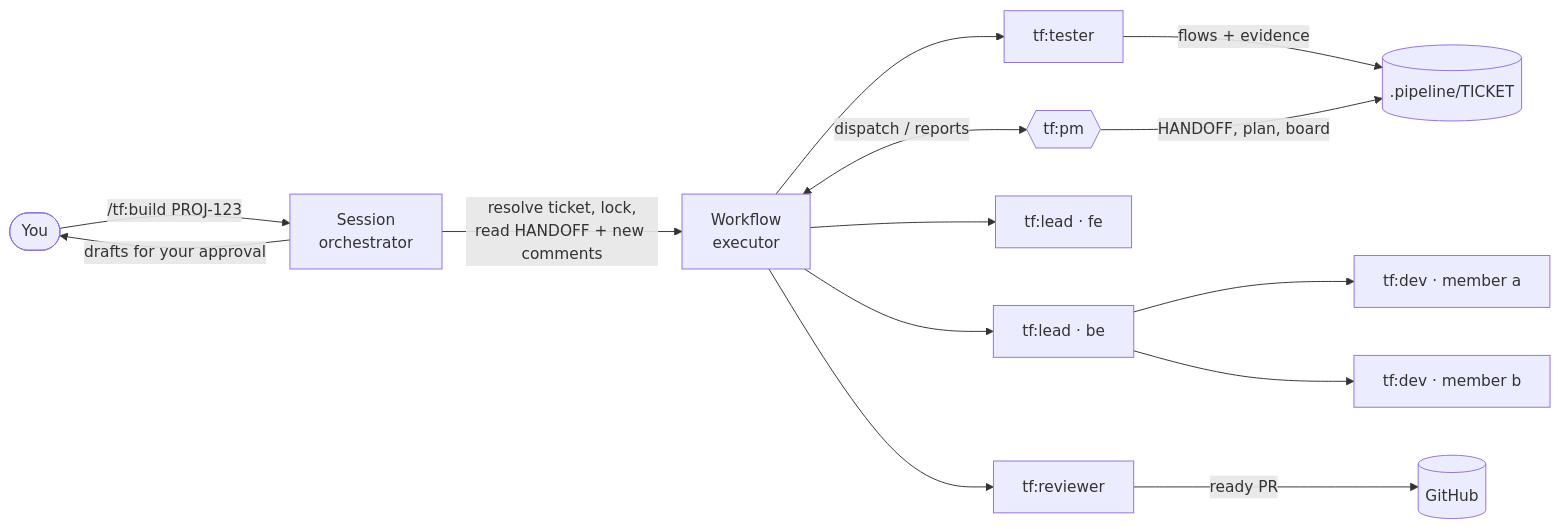
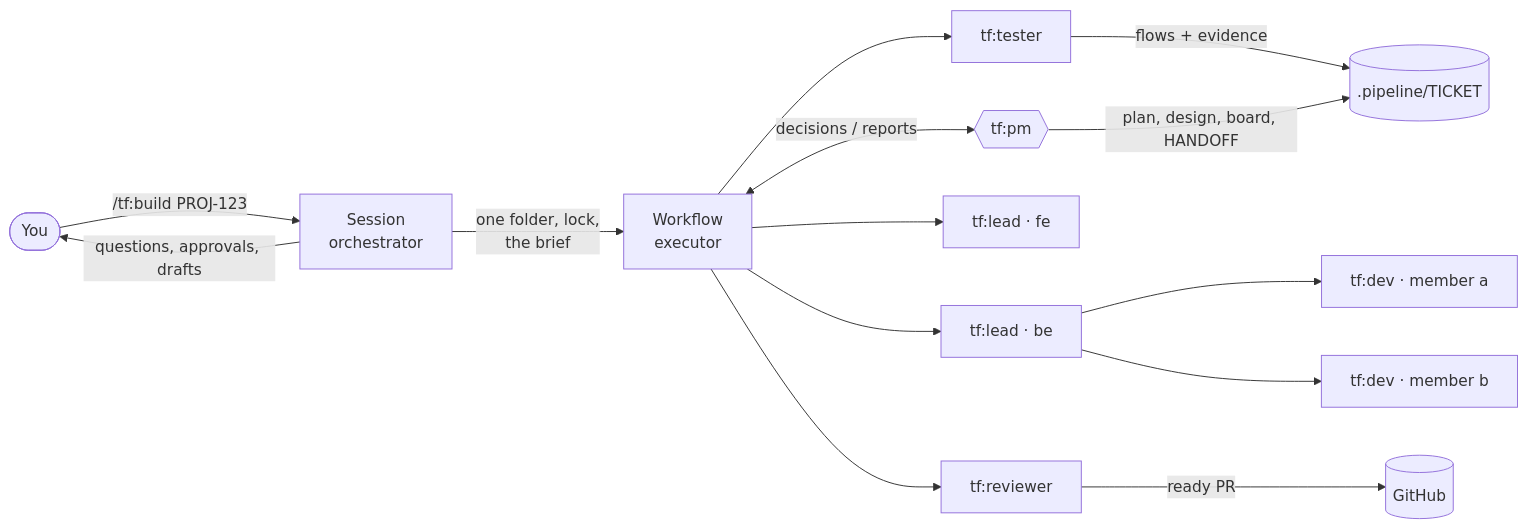
Before and after one commit to sdc-ren/sdc-claude: the first of 2 diagrams in plugins/tf/README.md, drawn with Mermaid. The commit also changed other lines of this file and 1 other file, not shown here.

First line of the commit message:
docs(tf): README for the 1.13.0 architecture; fix the Windows-only test failure

````diff
--- a/plugins/tf/README.md
+++ b/plugins/tf/README.md
@@ -334,16 +343,16 @@
 ```mermaid
 flowchart LR
-    U([You]) -->|/tf:build PROJ-123| O[Session<br/>orchestrator]
-    O -->|resolve ticket, lock,<br/>read HANDOFF + new comments| W[Workflow<br/>executor]
-    W <-->|dispatch / reports| PM{{tf:pm}}
-    W --> D1[tf:lead · be]
-    W --> D2[tf:lead · fe]
-    D1 --> M1[tf:dev · member a]
-    D1 --> M2[tf:dev · member b]
-    W --> T[tf:tester]
-    W --> R[tf:reviewer]
-    R -->|ready PR| GH[(GitHub)]
-    T -->|flows + evidence| F[(.pipeline/TICKET)]
-    PM -->|HANDOFF, plan, board| F
-    O -->|drafts for your approval| U
+    U([You]) -->|"/tf:build PROJ-123"| O["Session<br/>orchestrator"]
+    O -->|"one folder, lock,<br/>the brief"| W["Workflow<br/>executor"]
+    W <-->|"decisions / reports"| PM{{"tf:pm"}}
+    W --> D1["tf:lead · be"]
+    W --> D2["tf:lead · fe"]
+    D1 --> M1["tf:dev · member a"]
+    D1 --> M2["tf:dev · member b"]
+    W --> T["tf:tester"]
+    W --> R["tf:reviewer"]
+    R -->|"ready PR"| GH[("GitHub")]
+    T -->|"flows + evidence"| F[(".pipeline/TICKET")]
+    PM -->|"plan, design, board, HANDOFF"| F
+    O -->|"questions, approvals, drafts"| U
 ```
````
